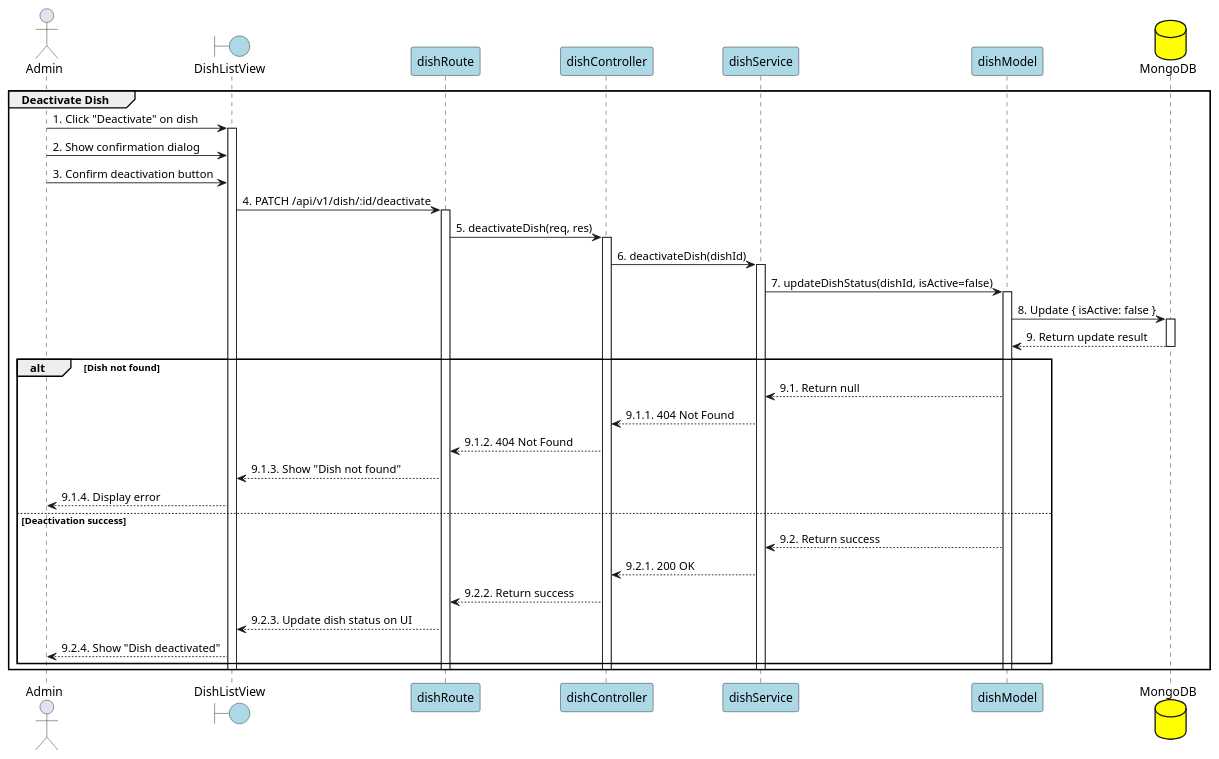
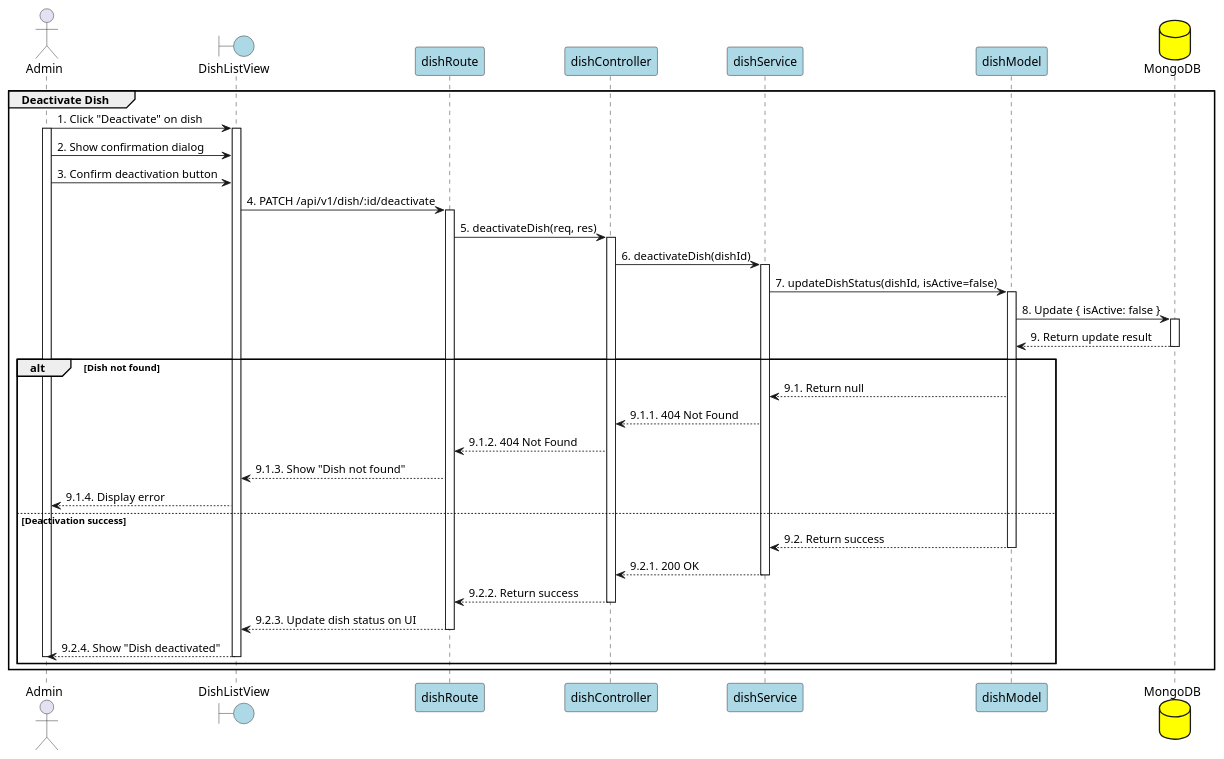
The diagram in PlanUML/19_deleteDish.puml (Aohkne/CaloCook), drawn with PlantUML before and after one commit. The commit also changed 20 other files, not shown here.

Commit message:
fix(uml 15 -> 33 + 36): done

```diff
--- a/PlanUML/19_deleteDish.puml
+++ b/PlanUML/19_deleteDish.puml
@@ -1,53 +1,55 @@
 @startuml Deactivate Dish
 
 actor Admin as "Admin"
 boundary "DishListView" as View #lightblue
 participant "dishRoute" as Route #lightblue
 participant "dishController" as Controller #lightblue
 participant "dishService" as Service #lightblue
 participant "dishModel" as Model #lightblue
 database "MongoDB" as MongoDB #yellow
 
 group Deactivate Dish
 Admin -> View: 1. Click "Deactivate" on dish
+activate Admin
 activate View
 Admin -> View: 2. Show confirmation dialog
 Admin -> View: 3. Confirm deactivation button
 View -> Route: 4. PATCH /api/v1/dish/:id/deactivate
 activate Route
 
 Route -> Controller: 5. deactivateDish(req, res)
 activate Controller
 
 Controller -> Service: 6. deactivateDish(dishId)
 activate Service
 
 Service -> Model: 7. updateDishStatus(dishId, isActive=false)
 activate Model
 
 Model -> MongoDB: 8. Update { isActive: false }
 activate MongoDB
 MongoDB --> Model: 9. Return update result
 deactivate MongoDB
 
 alt Dish not found
     Model --> Service: 9.1. Return null
     Service --> Controller: 9.1.1. 404 Not Found
     Controller --> Route: 9.1.2. 404 Not Found
     Route --> View: 9.1.3. Show "Dish not found"
     View --> Admin: 9.1.4. Display error
 else Deactivation success
     Model --> Service: 9.2. Return success
+    deactivate Model
     Service --> Controller: 9.2.1. 200 OK
+    deactivate Service
     Controller --> Route: 9.2.2. Return success
+    deactivate Controller
     Route --> View: 9.2.3. Update dish status on UI
+    deactivate Route
     View --> Admin: 9.2.4. Show "Dish deactivated"
+    deactivate View
+    deactivate Admin
 end
 
-deactivate Model
-deactivate Service
-deactivate Controller
-deactivate Route
-deactivate View
 end
 @enduml
```
